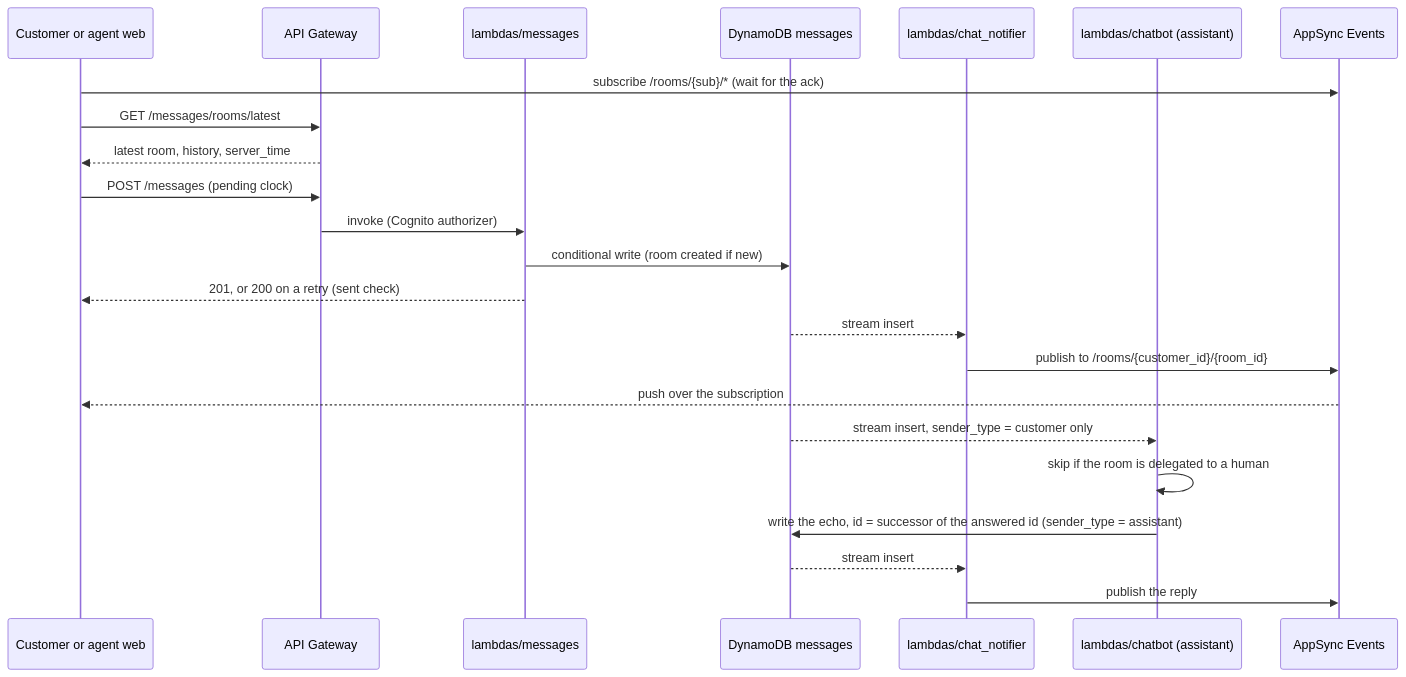
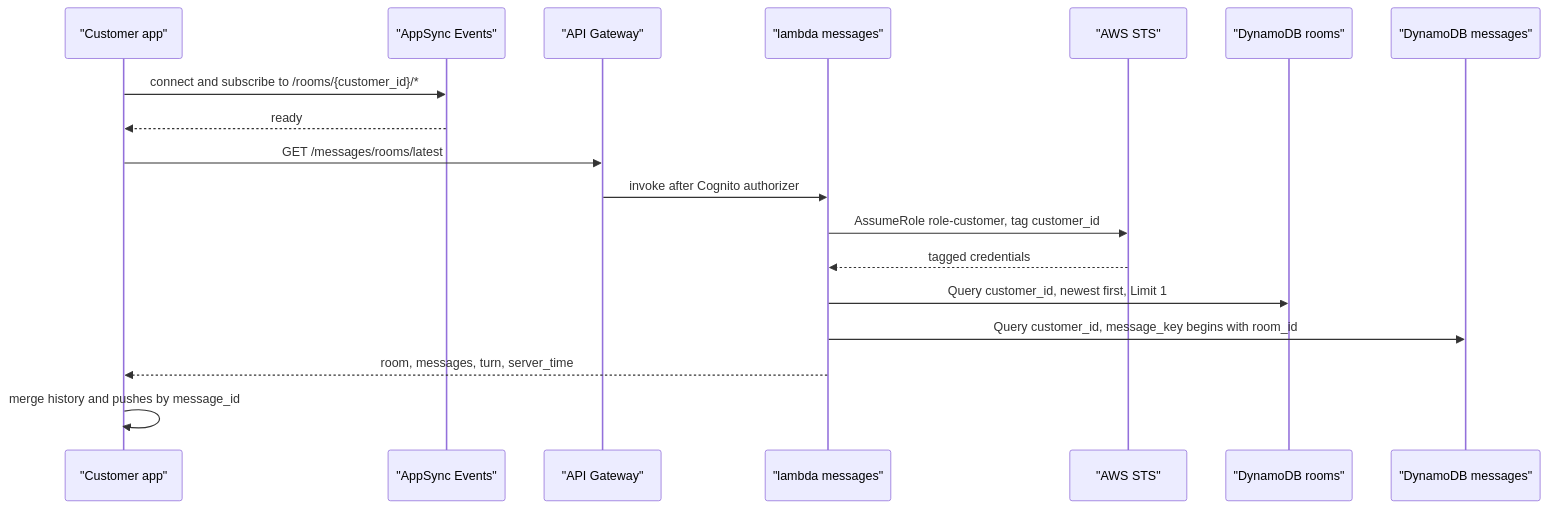
The first of 6 diagrams in docs/modules/messaging/flows.md (Team-ACGS/factored-hackathon-2026-acgs), drawn with Mermaid before and after one commit. The commit also changed other lines of this file and 9 other files, not shown here.

Commit message:
docs(assistant,cases,data,identity,messaging): readmes and flows verified against the code, round 1

````diff
--- a/docs/modules/messaging/flows.md
+++ b/docs/modules/messaging/flows.md
@@ -16,26 +31,21 @@
 ```mermaid
 sequenceDiagram
-    participant C as Customer or agent web
-    participant GW as API Gateway
-    participant M as lambdas/messages
-    participant DDB as DynamoDB messages
-    participant N as lambdas/chat_notifier
-    participant Bot as lambdas/chatbot (assistant)
-    participant Evt as AppSync Events
+    participant App as "Customer app"
+    participant Evt as "AppSync Events"
+    participant GW as "API Gateway"
+    participant M as "lambda messages"
+    participant STS as "AWS STS"
+    participant Rooms as "DynamoDB rooms"
+    participant Msgs as "DynamoDB messages"
 
-    C->>Evt: subscribe /rooms/{sub}/* (wait for the ack)
-    C->>GW: GET /messages/rooms/latest
-    GW-->>C: latest room, history, server_time
-    C->>GW: POST /messages (pending clock)
-    GW->>M: invoke (Cognito authorizer)
-    M->>DDB: conditional write (room created if new)
-    M-->>C: 201, or 200 on a retry (sent check)
-    DDB-->>N: stream insert
-    N->>Evt: publish to /rooms/{customer_id}/{room_id}
-    Evt-->>C: push over the subscription
-    DDB-->>Bot: stream insert, sender_type = customer only
-    Bot->>Bot: skip if the room is delegated to a human
-    Bot->>DDB: write the echo, id = successor of the answered id (sender_type = assistant)
-    DDB-->>N: stream insert
-    N->>Evt: publish the reply
+    App->>Evt: connect and subscribe to /rooms/{customer_id}/*
+    Evt-->>App: ready
+    App->>GW: GET /messages/rooms/latest
+    GW->>M: invoke after Cognito authorizer
+    M->>STS: AssumeRole role-customer, tag customer_id
+    STS-->>M: tagged credentials
+    M->>Rooms: Query customer_id, newest first, Limit 1
+    M->>Msgs: Query customer_id, message_key begins with room_id
+    M-->>App: room, messages, turn, server_time
+    App->>App: merge history and pushes by message_id
 ```
````
